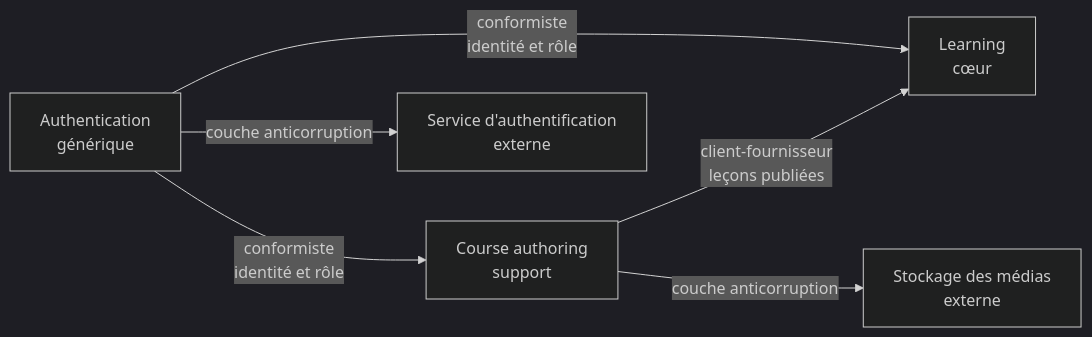
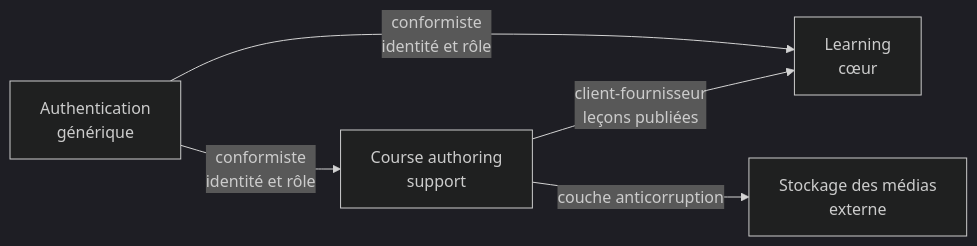
Before and after one commit to vohorgeez/fil_rouge: the first of 5 diagrams in docs/Architecture.md, drawn with Mermaid (dark theme). The commit also changed other lines of this file, not shown here.

Commit message:
docs(architecture) : updating docs/Architecture.md

````diff
--- a/docs/Architecture.md
+++ b/docs/Architecture.md
@@ -53,14 +54,12 @@
 ```mermaid
 flowchart LR
   CREA["Course authoring<br/>support"]
   APP["Learning<br/>cœur"]
   AUTH["Authentication<br/>générique"]
-  FOURN["Service d'authentification<br/>externe"]
   MEDIA["Stockage des médias<br/>externe"]
 
   CREA -->|"client-fournisseur<br/>leçons publiées"| APP
   AUTH -->|"conformiste<br/>identité et rôle"| CREA
   AUTH -->|"conformiste<br/>identité et rôle"| APP
-  AUTH -->|"couche anticorruption"| FOURN
   CREA -->|"couche anticorruption"| MEDIA
 ```
````
